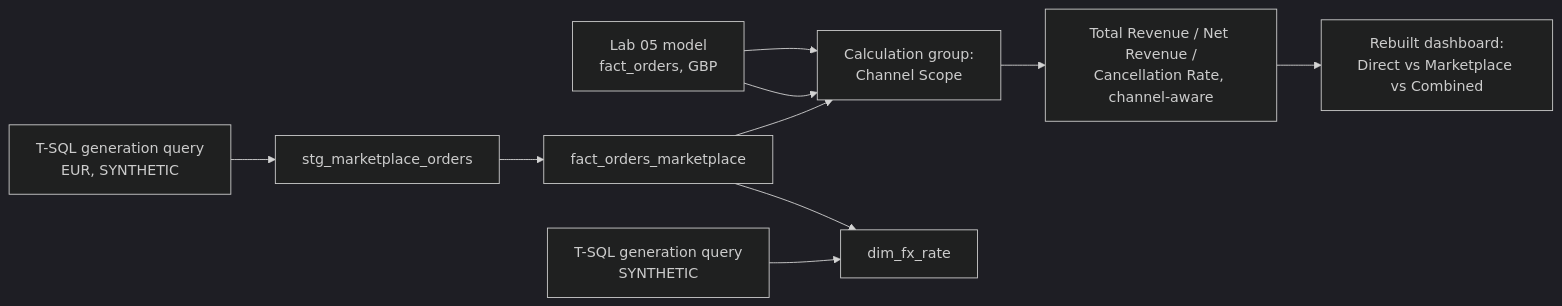
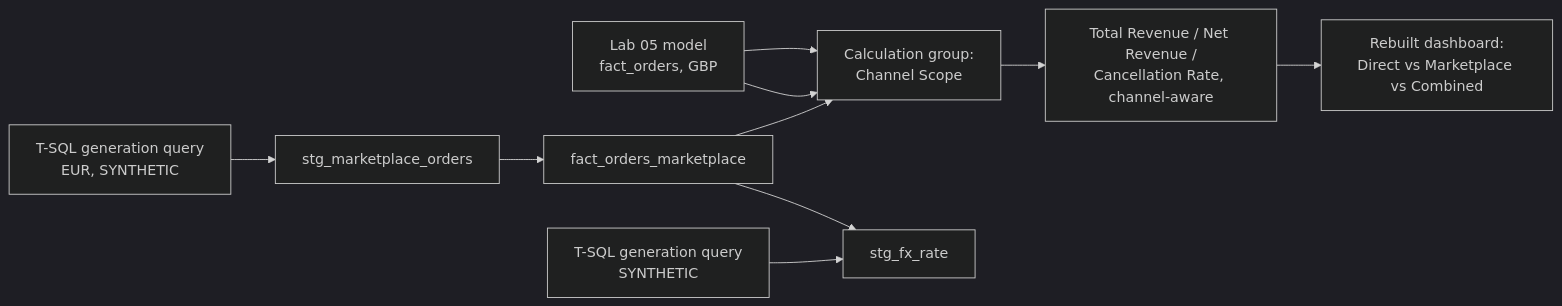
One commit to anhubsch/powerbi-sql changed the diagram in labs/retail/06-capstone.md. Above: the diagram before and after it, drawn with Mermaid (dark theme). The commit also changed other lines of this file and 7 other files, not shown here.

Commit message:
Fix bugs found in audit: random-generation percentage bug, broken cross-references, diagram mislabels, redundant DAX, stale README

````diff
--- a/labs/retail/06-capstone.md
+++ b/labs/retail/06-capstone.md
@@ -74,12 +74,12 @@
 ```mermaid
 flowchart LR
     A[Lab 05 model<br/>fact_orders, GBP] --> H[Calculation group:<br/>Channel Scope]
     B[T-SQL generation query<br/>EUR, SYNTHETIC] --> C[stg_marketplace_orders]
     C --> D[fact_orders_marketplace]
-    E[T-SQL generation query<br/>SYNTHETIC] --> F[dim_fx_rate]
+    E[T-SQL generation query<br/>SYNTHETIC] --> F[stg_fx_rate]
     D --> F
     D --> H
     A --> H
     H --> I[Total Revenue / Net Revenue /<br/>Cancellation Rate, channel-aware]
     I --> J[Rebuilt dashboard:<br/>Direct vs Marketplace vs Combined]
 ```
````
